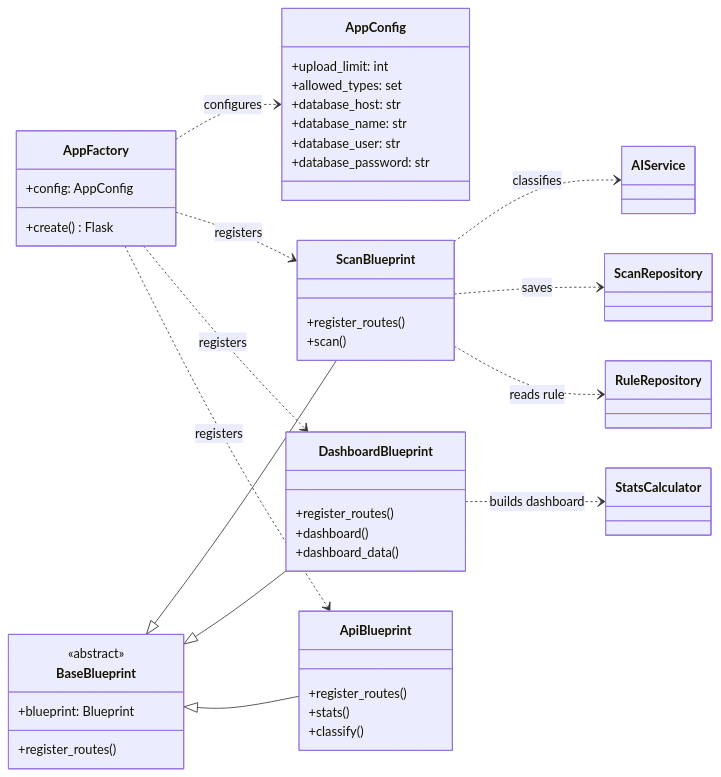
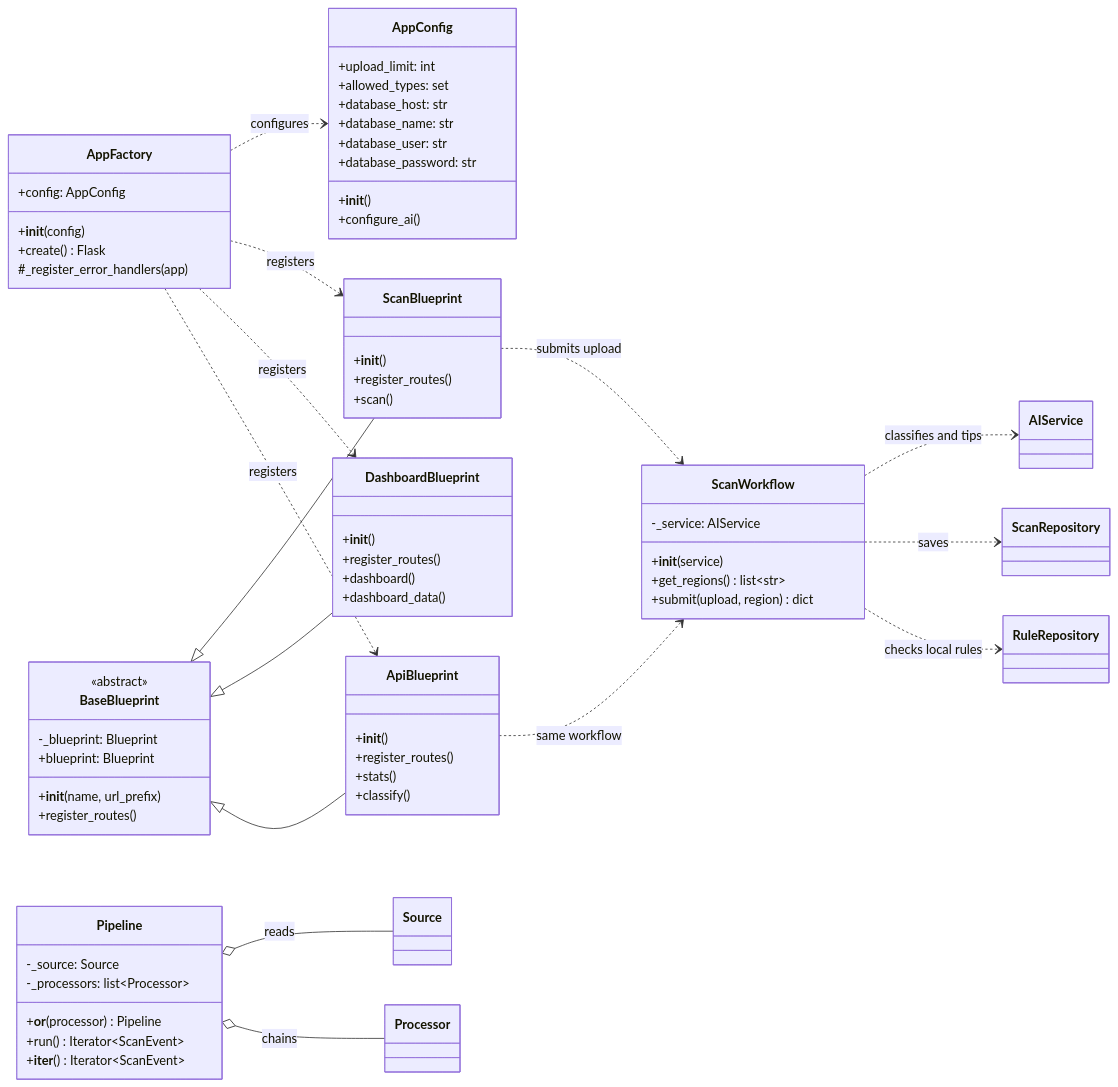
Before and after one commit to Timmyy3000/waste-sorting-assistant: the second of 6 diagrams in README.md, drawn with Mermaid. The commit also changed other lines of this file and 12 other files, not shown here.

Commit message:
feat(web): connect secure KI provider and shared scan workflow

````diff
--- a/README.md
+++ b/README.md
@@ -76,46 +107,71 @@
 ```mermaid
 classDiagram
     direction LR
     class AppConfig {
+        +__init__()
         +upload_limit: int
         +allowed_types: set
         +database_host: str
         +database_name: str
         +database_user: str
         +database_password: str
+        +configure_ai()
     }
     class AppFactory {
+        +__init__(config)
         +config: AppConfig
         +create() Flask
+        #_register_error_handlers(app)
     }
     class BaseBlueprint {
         <<abstract>>
+        -_blueprint: Blueprint
+        +__init__(name, url_prefix)
         +blueprint: Blueprint
         +register_routes()
     }
     class ScanBlueprint {
+        +__init__()
         +register_routes()
         +scan()
     }
+    class ScanWorkflow {
+        -_service: AIService
+        +__init__(service)
+        +get_regions() list~str~
+        +submit(upload, region) dict
+    }
     class DashboardBlueprint {
+        +__init__()
         +register_routes()
         +dashboard()
         +dashboard_data()
     }
     class ApiBlueprint {
+        +__init__()
         +register_routes()
         +stats()
         +classify()
+    }
+    class Pipeline {
+        -_source: Source
+        -_processors: list~Processor~
+        +__or__(processor) Pipeline
+        +run() Iterator~ScanEvent~
+        +__iter__() Iterator~ScanEvent~
     }
     BaseBlueprint <|-- ScanBlueprint
     BaseBlueprint <|-- DashboardBlueprint
     BaseBlueprint <|-- ApiBlueprint
     AppFactory ..> AppConfig : configures
     AppFactory ..> ScanBlueprint : registers
     AppFactory ..> DashboardBlueprint : registers
     AppFactory ..> ApiBlueprint : registers
-    ScanBlueprint ..> AIService : classifies
-    ScanBlueprint ..> ScanRepository : saves
-    ScanBlueprint ..> RuleRepository : reads rule
-    DashboardBlueprint ..> StatsCalculator : builds dashboard
+    ScanBlueprint ..> ScanWorkflow : submits upload
+    ApiBlueprint ..> ScanWorkflow : same workflow
+    ScanWorkflow ..> AIService : classifies and tips
+    ScanWorkflow ..> ScanRepository : saves
+    ScanWorkflow ..> RuleRepository : checks local rules
+    Pipeline o-- Source : reads
+    Pipeline o-- Processor : chains
 ```
````
